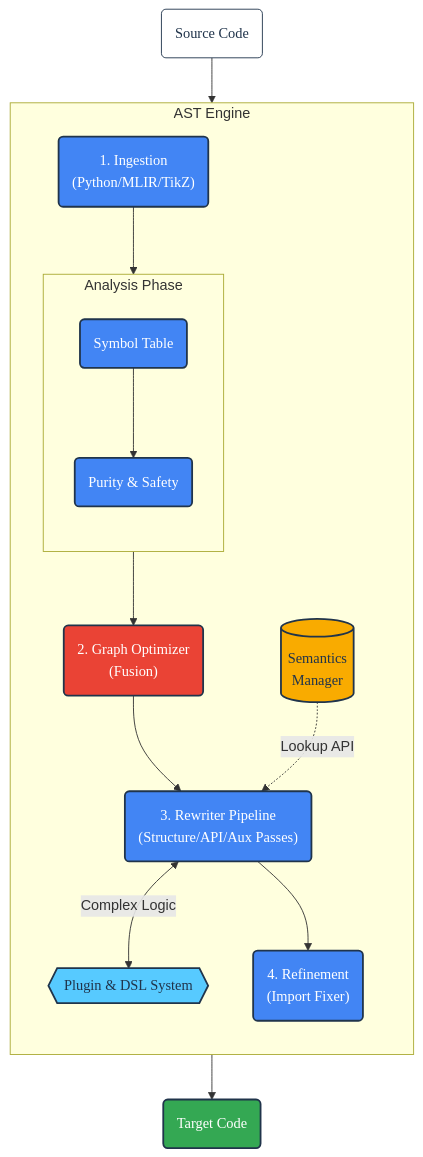
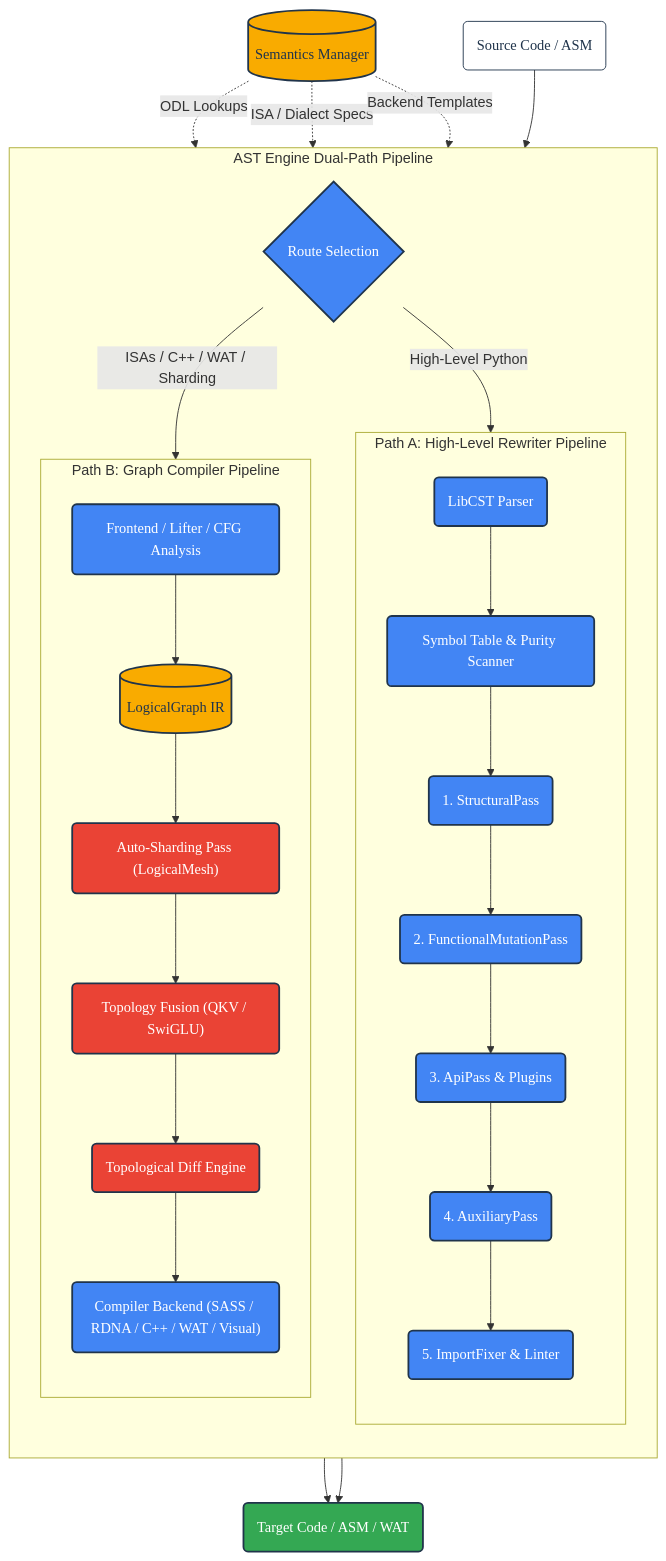
Before and after one commit to SamuelMarks/ml-switcheroo: the second of 2 diagrams in ARCHITECTURE.md, drawn with Mermaid. The commit also changed other lines of this file and 7 other files, not shown here.

````diff
--- a/ARCHITECTURE.md
+++ b/ARCHITECTURE.md
@@ -107,49 +111,59 @@
 ```mermaid
 graph TD
     %% --- STYLE DEFINITIONS ---
     classDef default font-family:'Google Sans Normal',color:#20344b,stroke:#20344b;
     classDef artifact fill:#ffffff,stroke:#20344b,stroke-width:1px,color:#20344b,font-family:'Roboto Mono Normal',stroke-dasharray: 0;
     classDef process fill:#4285f4,stroke:#20344b,stroke-width:2px,color:#ffffff,font-family:'Google Sans Medium',rx:5px;
     classDef optimization fill:#ea4335,stroke:#20344b,stroke-width:2px,color:#ffffff,font-family:'Google Sans Medium',rx:5px;
     classDef kb fill:#f9ab00,stroke:#20344b,stroke-width:2px,color:#20344b,font-family:'Google Sans Medium',rx:5px;
     classDef plugin fill:#57caff,stroke:#20344b,stroke-width:2px,color:#20344b,font-family:'Google Sans Medium',rx:5px;
     classDef output fill:#34a853,stroke:#20344b,stroke-width:2px,color:#ffffff,font-family:'Google Sans Medium',rx:5px;
 
-    %% --- NODES ---
-    SRC("Source Code"):::artifact
+    SRC("Source Code / ASM"):::artifact
 
-    subgraph ENGINE [AST Engine]
+    subgraph ENGINE [AST Engine Dual-Path Pipeline]
         direction TB
-        INGEST("1. Ingestion<br/>(Python/MLIR/TikZ)"):::process
+        ROUTE{"Route Selection"}:::process
 
-        subgraph ANALYSIS_BLOCK [Analysis Phase]
+        %% --- REWRITER PATH ---
+        subgraph REWRITER_ROUTE [Path A: High-Level Rewriter Pipeline]
             direction TB
-            SYMBOLS("Symbol Table"):::process
-            PURITY("Purity & Safety"):::process
+            LIBCST("LibCST Parser"):::process
+            SYMBOLS("Symbol Table & Purity Scanner"):::process
+            PASS_STRUCT("1. StructuralPass"):::process
+            PASS_MUT("2. FunctionalMutationPass"):::process
+            PASS_API("3. ApiPass & Plugins"):::process
+            PASS_AUX("4. AuxiliaryPass"):::process
+            FIXER("5. ImportFixer & Linter"):::process
+
+            LIBCST --> SYMBOLS --> PASS_STRUCT --> PASS_MUT --> PASS_API --> PASS_AUX --> FIXER
         end
 
-        SERVER[("Semantics<br/>Manager")]:::kb
+        %% --- COMPILER PATH ---
+        subgraph COMPILER_ROUTE [Path B: Graph Compiler Pipeline]
+            direction TB
+            FRONTEND("Frontend / Lifter / CFG Analysis"):::process
+            GRAPH[("LogicalGraph IR")]:::kb
+            SHARDING("Auto-Sharding Pass (LogicalMesh)"):::optimization
+            FUSION("Topology Fusion (QKV / SwiGLU)"):::optimization
+            DIFFER("Topological Diff Engine"):::optimization
+            BACKEND("Compiler Backend (SASS / RDNA / C++ / WAT / Visual)"):::process
 
-        GRAPH_OPT("2. Graph Optimizer<br/>(Fusion)"):::optimization
+            FRONTEND --> GRAPH --> SHARDING --> FUSION --> DIFFER --> BACKEND
+        end
 
-        REWRITER("3. Rewriter Pipeline<br/>(Structure/API/Aux Passes)"):::process
-        PLUGINS{{Plugin & DSL System}}:::plugin
-
-        FIXER("4. Refinement<br/>(Import Fixer)"):::process
+        ROUTE -->|"High-Level Python"| REWRITER_ROUTE
+        ROUTE -->|"ISAs / C++ / WAT / Sharding"| COMPILER_ROUTE
     end
 
-    TGT("Target Code"):::output
+    KB_SERVER[("Semantics Manager")]:::kb
+    KB_SERVER -.->|"ODL Lookups"| PASS_API
+    KB_SERVER -.->|"ISA / Dialect Specs"| FRONTEND
+    KB_SERVER -.->|"Backend Templates"| BACKEND
 
-    %% --- EDGES ---
-    SRC --> INGEST
-    INGEST --> SYMBOLS
-    SYMBOLS --> PURITY
-    PURITY --> GRAPH_OPT
+    TARGET_OUT("Target Code / ASM / WAT"):::output
 
-    GRAPH_OPT --> REWRITER
-    SERVER -.->|"Lookup API"| REWRITER
-    REWRITER <-->|"Complex Logic"| PLUGINS
-
-    REWRITER --> FIXER
-    FIXER --> TGT
+    SRC --> ROUTE
+    FIXER --> TARGET_OUT
+    BACKEND --> TARGET_OUT
 ```
````
